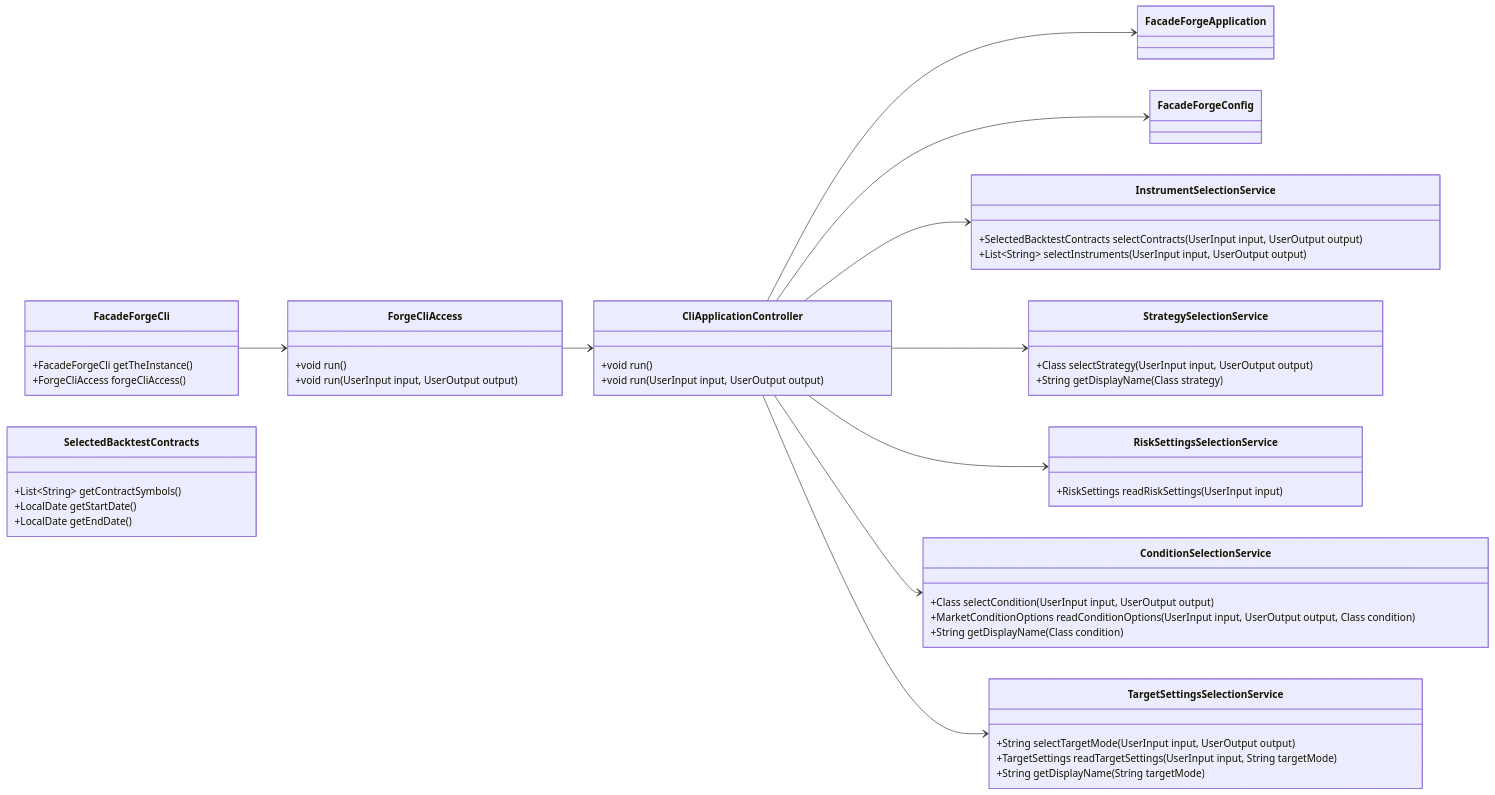
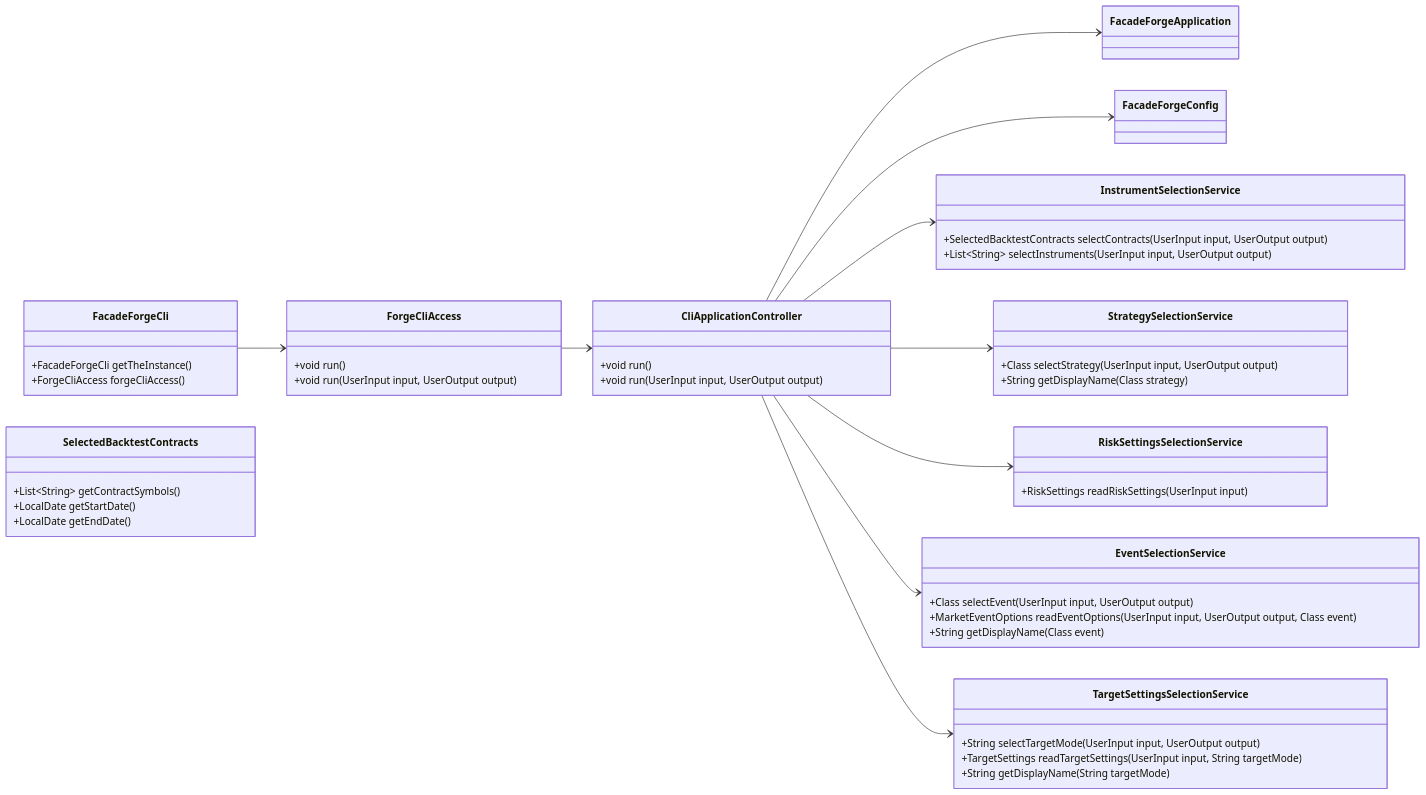
One commit to probst-paul/FORGE changed the fourth of 22 diagrams in class-model.md. Above: the diagram before and after it, drawn with Mermaid. The commit also changed other lines of this file and 74 other files, not shown here.

````diff
--- a/class-model.md
+++ b/class-model.md
@@ -264,61 +264,61 @@
 ```mermaid
 classDiagram
     direction LR
 
     class FacadeForgeCli {
         +FacadeForgeCli getTheInstance()
         +ForgeCliAccess forgeCliAccess()
     }
 
     class ForgeCliAccess {
         +void run()
         +void run(UserInput input, UserOutput output)
     }
 
     class CliApplicationController {
         +void run()
         +void run(UserInput input, UserOutput output)
     }
 
     class InstrumentSelectionService {
         +SelectedBacktestContracts selectContracts(UserInput input, UserOutput output)
         +List~String~ selectInstruments(UserInput input, UserOutput output)
     }
 
     class SelectedBacktestContracts {
         +List~String~ getContractSymbols()
         +LocalDate getStartDate()
         +LocalDate getEndDate()
     }
 
     class StrategySelectionService {
         +Class selectStrategy(UserInput input, UserOutput output)
         +String getDisplayName(Class strategy)
     }
 
     class RiskSettingsSelectionService {
         +RiskSettings readRiskSettings(UserInput input)
     }
 
-    class ConditionSelectionService {
-        +Class selectCondition(UserInput input, UserOutput output)
-        +MarketConditionOptions readConditionOptions(UserInput input, UserOutput output, Class condition)
-        +String getDisplayName(Class condition)
+    class EventSelectionService {
+        +Class selectEvent(UserInput input, UserOutput output)
+        +MarketEventOptions readEventOptions(UserInput input, UserOutput output, Class event)
+        +String getDisplayName(Class event)
     }
 
     class TargetSettingsSelectionService {
         +String selectTargetMode(UserInput input, UserOutput output)
         +TargetSettings readTargetSettings(UserInput input, String targetMode)
         +String getDisplayName(String targetMode)
     }
 
     FacadeForgeCli --> ForgeCliAccess
     ForgeCliAccess --> CliApplicationController
     CliApplicationController --> FacadeForgeApplication
     CliApplicationController --> FacadeForgeConfig
     CliApplicationController --> InstrumentSelectionService
     CliApplicationController --> StrategySelectionService
     CliApplicationController --> RiskSettingsSelectionService
-    CliApplicationController --> ConditionSelectionService
+    CliApplicationController --> EventSelectionService
     CliApplicationController --> TargetSettingsSelectionService
 ```
````
